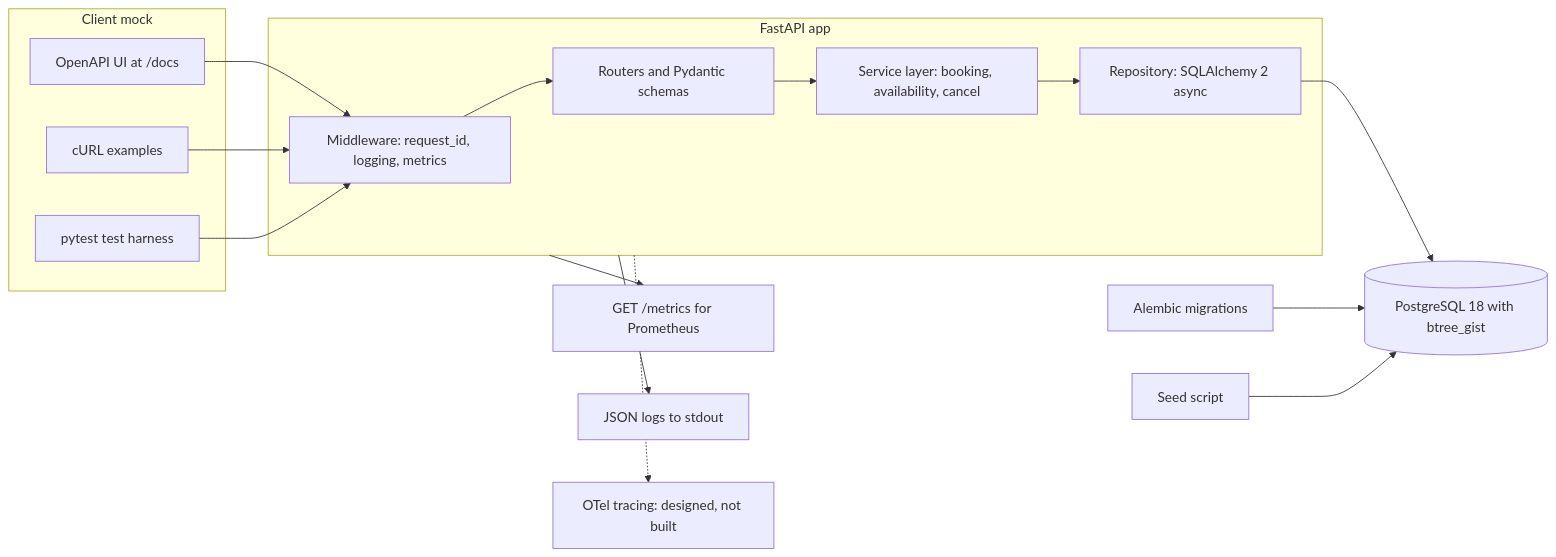
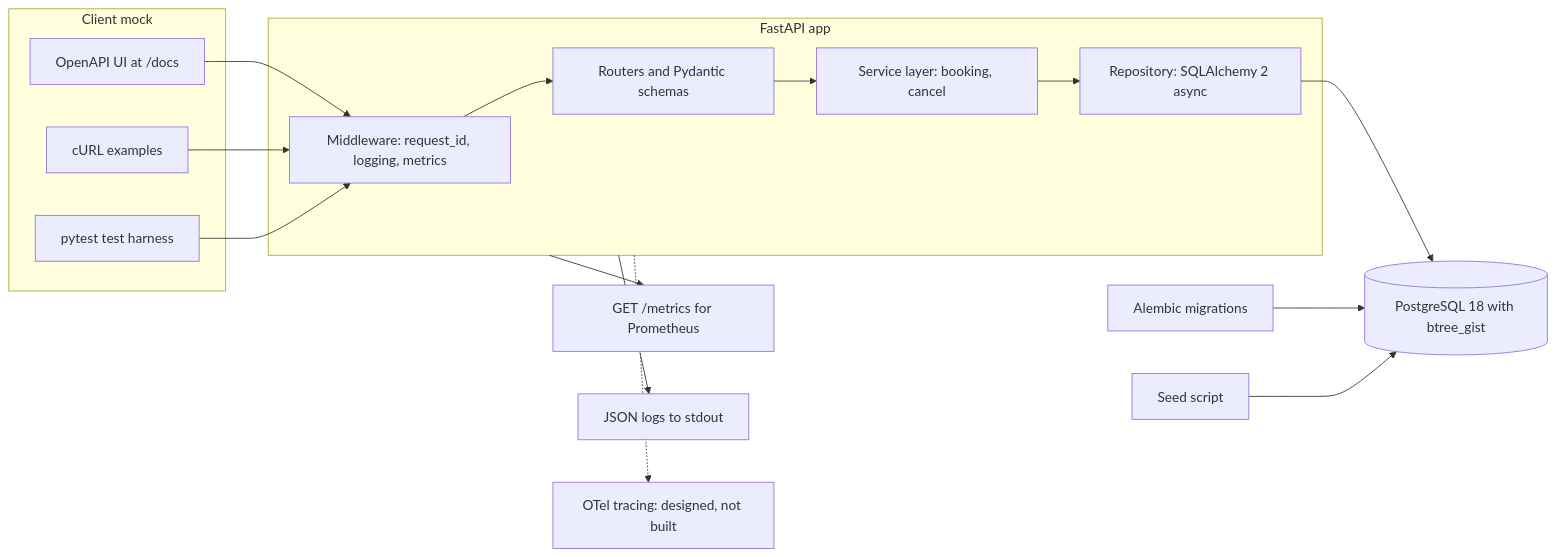
One commit to chezzijr/keyloop-service-scheduler changed the first of 3 diagrams in docs/design.md. Above: the diagram before and after it, drawn with Mermaid. The commit also changed other lines of this file and 7 other files, not shown here.

````diff
--- a/docs/design.md
+++ b/docs/design.md
@@ -47,33 +47,33 @@
 ```mermaid
 flowchart LR
     subgraph CLIENT["Client mock"]
         UI["OpenAPI UI at /docs"]
         CURL["cURL examples"]
         HARNESS["pytest test harness"]
     end
 
     subgraph APP["FastAPI app"]
         MW["Middleware: request_id, logging, metrics"]
         RT["Routers and Pydantic schemas"]
-        SV["Service layer: booking, availability, cancel"]
+        SV["Service layer: booking, cancel"]
         RP["Repository: SQLAlchemy 2 async"]
         MW --> RT --> SV --> RP
     end
 
     DB[("PostgreSQL 18 with btree_gist")]
     MIG["Alembic migrations"]
     SEED["Seed script"]
     MET["GET /metrics for Prometheus"]
     LOG["JSON logs to stdout"]
     OTEL["OTel tracing: designed, not built"]
 
     UI --> MW
     CURL --> MW
     HARNESS --> MW
     RP --> DB
     MIG --> DB
     SEED --> DB
     APP --> MET
     APP --> LOG
     APP -.-> OTEL
 ```
````
